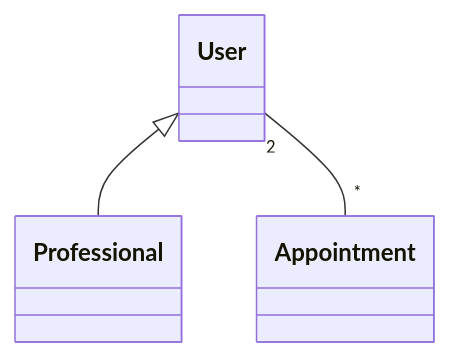
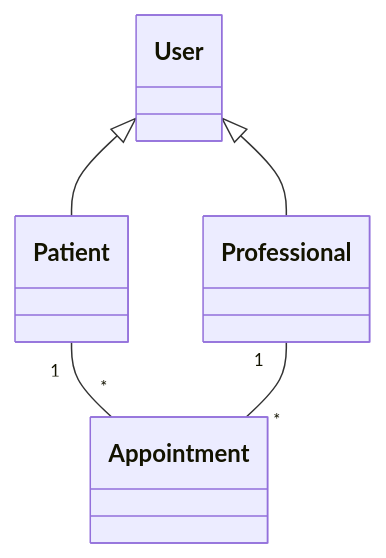
The diagram in README.md (MaQuake/tpjpa2023), drawn with Mermaid before and after one commit.

````diff
--- a/README.md
+++ b/README.md
@@ -3,5 +3,7 @@
 ```mermaid
     classDiagram
     User <|-- Professional
-    User "2"--  "*"Appointment
+    User <|-- Patient
+    Patient "1" --  "*"Appointment
+    Professional "1" --  "*"Appointment
 ```
````
